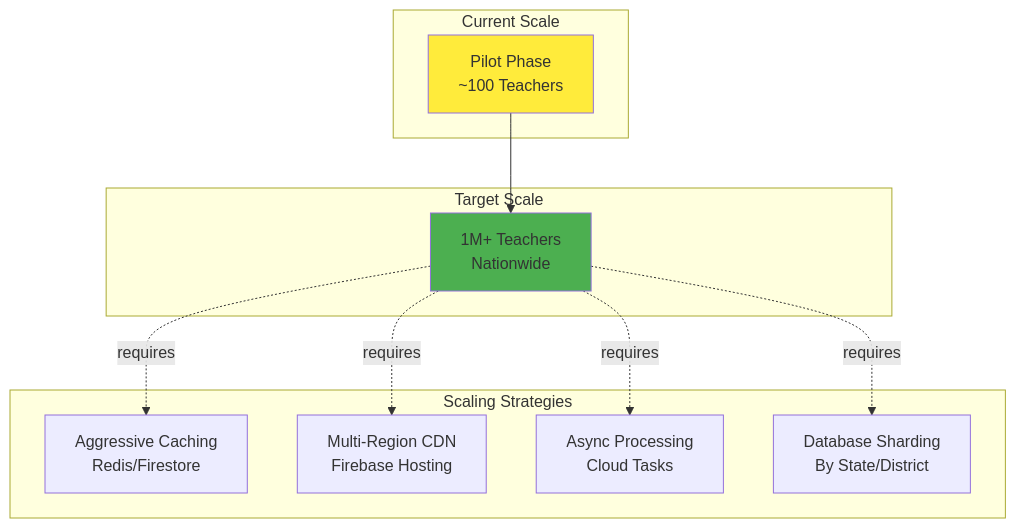
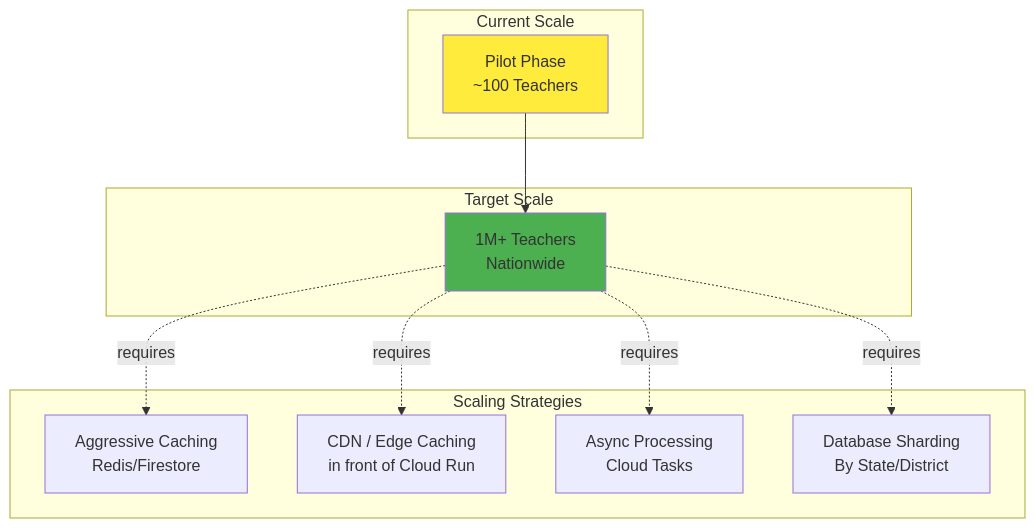
One commit to sargupta/sahayakai changed the eighth of 8 diagrams in sahayakai-main/docs/architecture/SOLUTION_ARCHITECTURE.md. Above: the diagram before and after it, drawn with Mermaid. The commit also changed other lines of this file and 113 other files, not shown here.

````diff
--- a/sahayakai-main/docs/architecture/SOLUTION_ARCHITECTURE.md
+++ b/sahayakai-main/docs/architecture/SOLUTION_ARCHITECTURE.md
@@ -485,26 +481,26 @@
 ```mermaid
 graph TB
     subgraph "Current Scale"
         PILOT[Pilot Phase<br/>~100 Teachers]
     end
 
     subgraph "Target Scale"
         NATIONWIDE[1M+ Teachers<br/>Nationwide]
     end
 
     subgraph "Scaling Strategies"
         CACHING[Aggressive Caching<br/>Redis/Firestore]
-        CDN[Multi-Region CDN<br/>Firebase Hosting]
+        CDN[CDN / Edge Caching<br/>in front of Cloud Run]
         ASYNC[Async Processing<br/>Cloud Tasks]
         SHARDING[Database Sharding<br/>By State/District]
     end
 
     PILOT --> NATIONWIDE
     NATIONWIDE -.requires.-> CACHING
     NATIONWIDE -.requires.-> CDN
     NATIONWIDE -.requires.-> ASYNC
     NATIONWIDE -.requires.-> SHARDING
 
     style PILOT fill:#ffeb3b
     style NATIONWIDE fill:#4caf50
 ```
````
